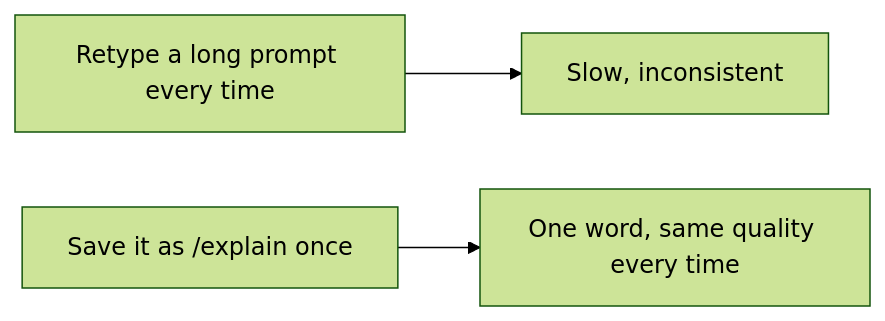
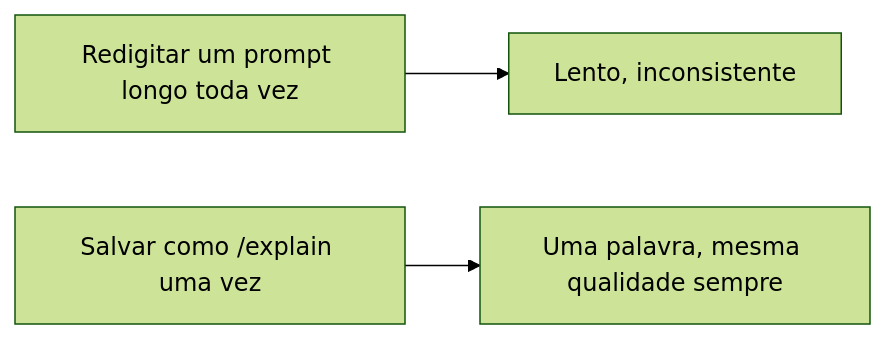
One commit to KakkoiDev/izumo-io changed the diagram in content/ai/a06.pt.md. Above: the diagram before and after it, drawn with Mermaid (forest theme). The commit also changed 47 other files, not shown here.

First line of the commit message:
Translate mermaid diagram labels to JA + PT in AI lessons

````diff
--- a/content/ai/a06.pt.md
+++ b/content/ai/a06.pt.md
@@ -39,5 +39,5 @@
 ```mermaid
 flowchart LR
-    A[Retype a long prompt every time] --> B[Slow, inconsistent]
-    C["Save it as /explain once"] --> D[One word, same quality every time]
+    A[Redigitar um prompt longo toda vez] --> B[Lento, inconsistente]
+    C["Salvar como /explain uma vez"] --> D[Uma palavra, mesma qualidade sempre]
 ```
````
